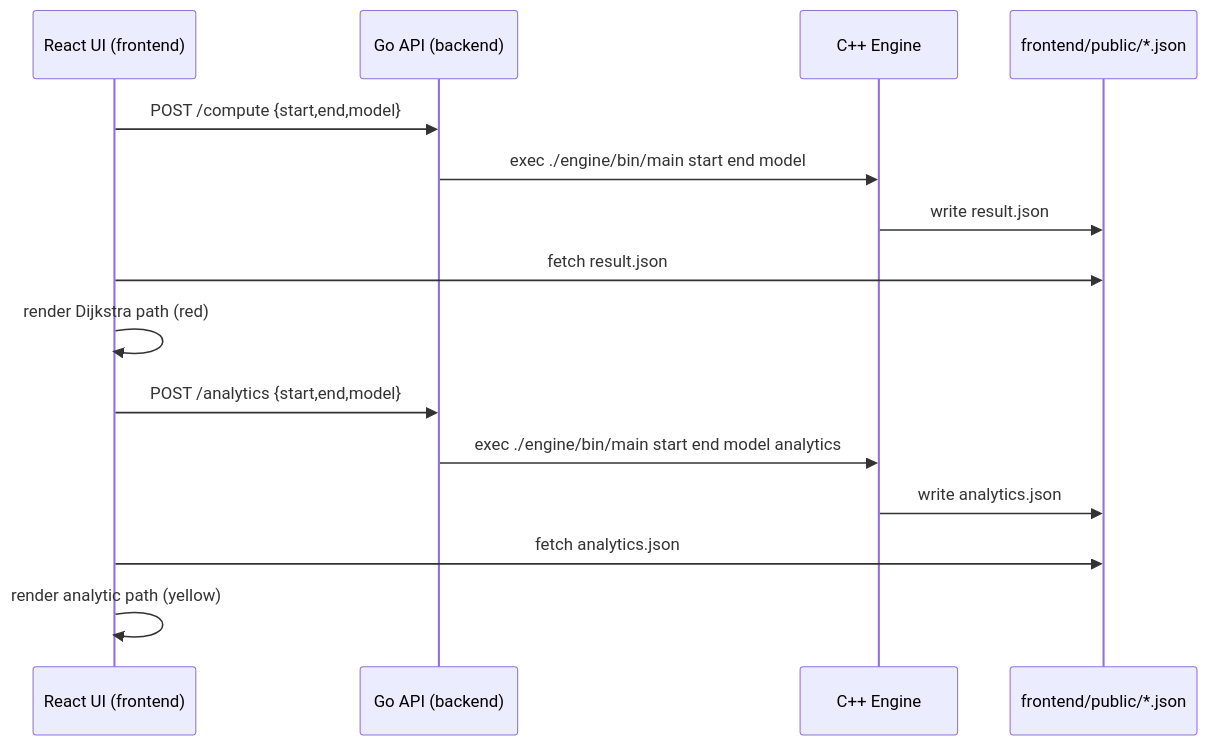
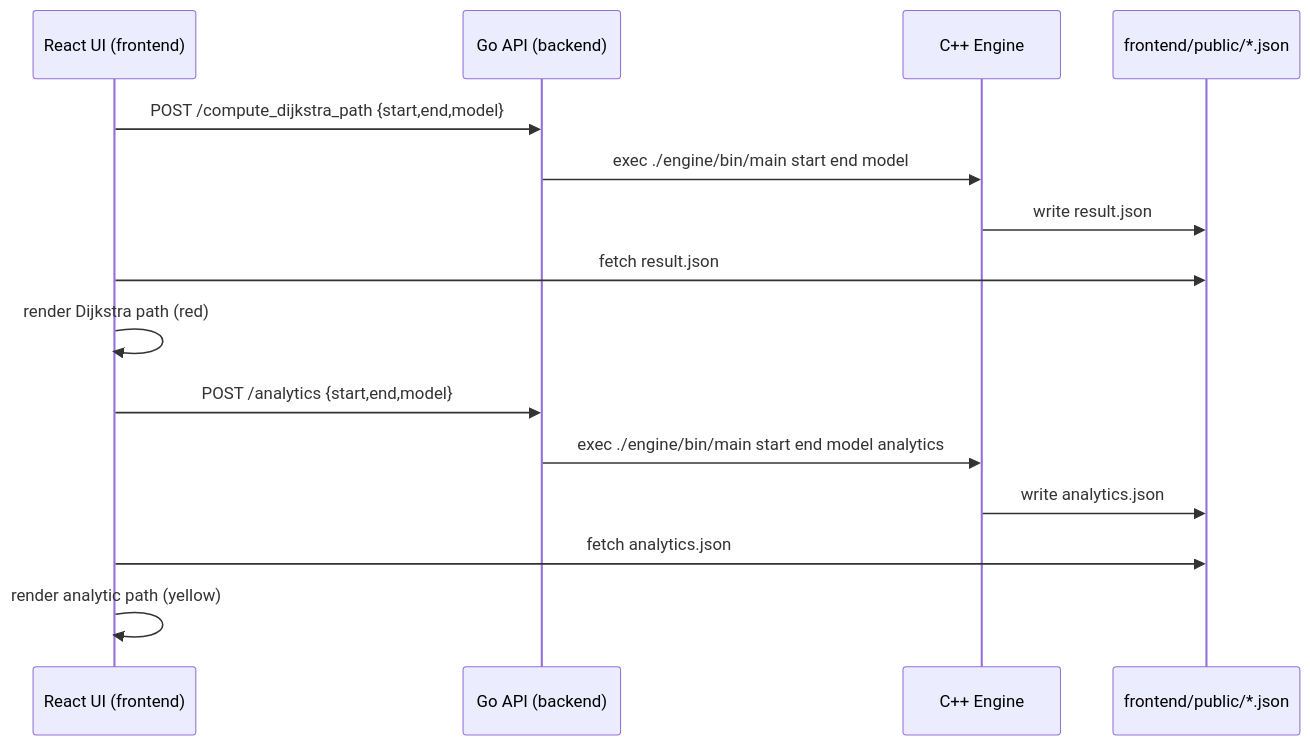
One commit to pisethTang/Capstone_Project_III changed the diagram in README.md. Above: the diagram before and after it, drawn with Mermaid. The commit also changed other lines of this file and 4 other files, not shown here.

````diff
--- a/README.md
+++ b/README.md
@@ -64,19 +64,19 @@
 ```mermaid
 sequenceDiagram
     participant UI as React UI (frontend)
     participant API as Go API (backend)
     participant CPP as C++ Engine
     participant FS as frontend/public/*.json
 
-    UI->>API: POST /compute {start,end,model}
+    UI->>API: POST /compute_dijkstra_path {start,end,model}
     API->>CPP: exec ./engine/bin/main start end model
     CPP->>FS: write result.json
     UI->>FS: fetch result.json
     UI->>UI: render Dijkstra path (red)
 
     UI->>API: POST /analytics {start,end,model}
     API->>CPP: exec ./engine/bin/main start end model analytics
     CPP->>FS: write analytics.json
     UI->>FS: fetch analytics.json
     UI->>UI: render analytic path (yellow)
 ```
````
